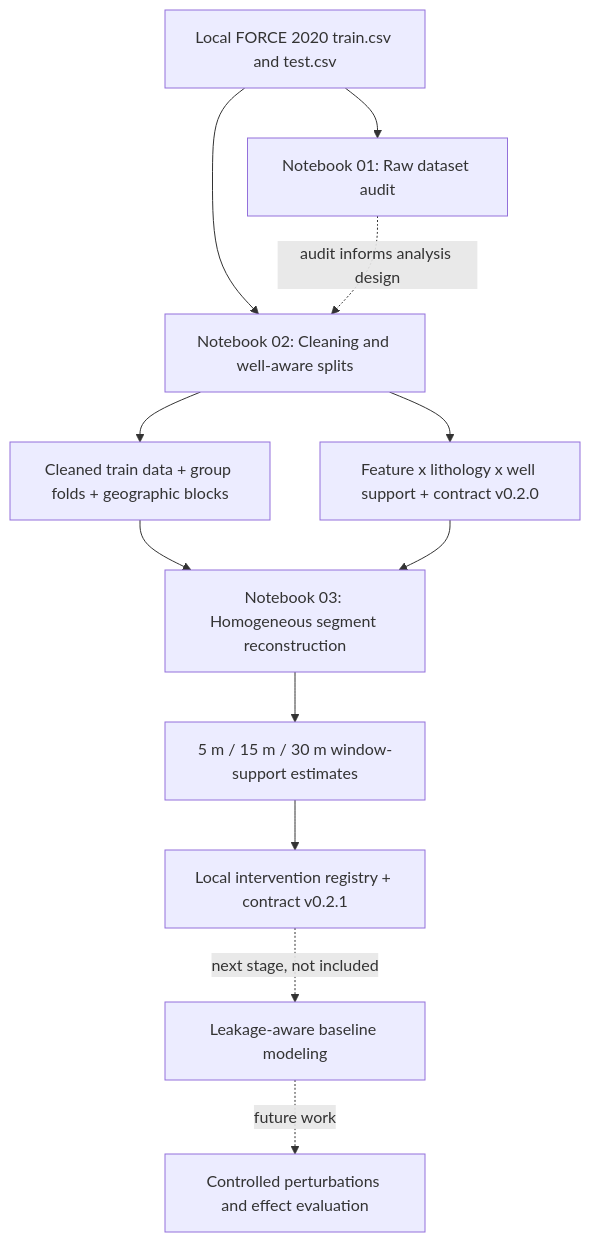
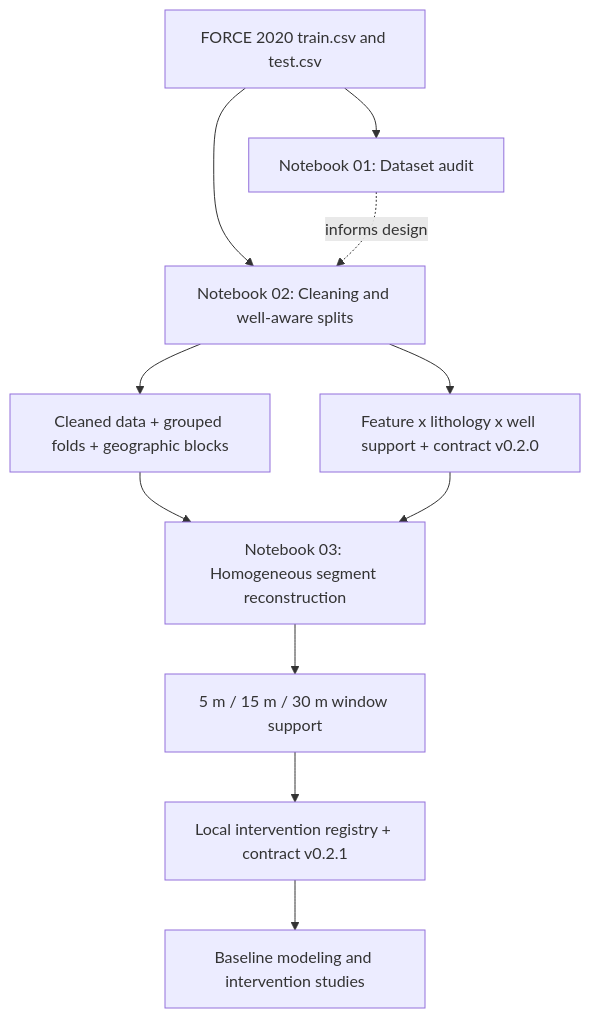
The diagram in README.md (Mohaddesemoghaddam/FORCE-2020-Well-Aware-Data-Preparation-and-Intervention-Readiness), drawn with Mermaid before and after one commit. The commit also changed other lines of this file, not shown here.

````diff
--- a/README.md
+++ b/README.md
@@ -84,14 +73,13 @@
 ```mermaid
 flowchart TD
-    A[Local FORCE 2020 train.csv and test.csv] --> B[Notebook 01: Raw dataset audit]
+    A[FORCE 2020 train.csv and test.csv] --> B[Notebook 01: Dataset audit]
     A --> C[Notebook 02: Cleaning and well-aware splits]
-    B -. audit informs analysis design .-> C
-    C --> D[Cleaned train data + group folds + geographic blocks]
+    B -. informs design .-> C
+    C --> D[Cleaned data + grouped folds + geographic blocks]
     C --> E[Feature x lithology x well support + contract v0.2.0]
     D --> F[Notebook 03: Homogeneous segment reconstruction]
     E --> F
-    F --> G[5 m / 15 m / 30 m window-support estimates]
+    F --> G[5 m / 15 m / 30 m window support]
     G --> H[Local intervention registry + contract v0.2.1]
-    H -. next stage, not included .-> I[Leakage-aware baseline modeling]
-    I -. future work .-> J[Controlled perturbations and effect evaluation]
+    H --> I[Baseline modeling and intervention studies]
 ```
````
